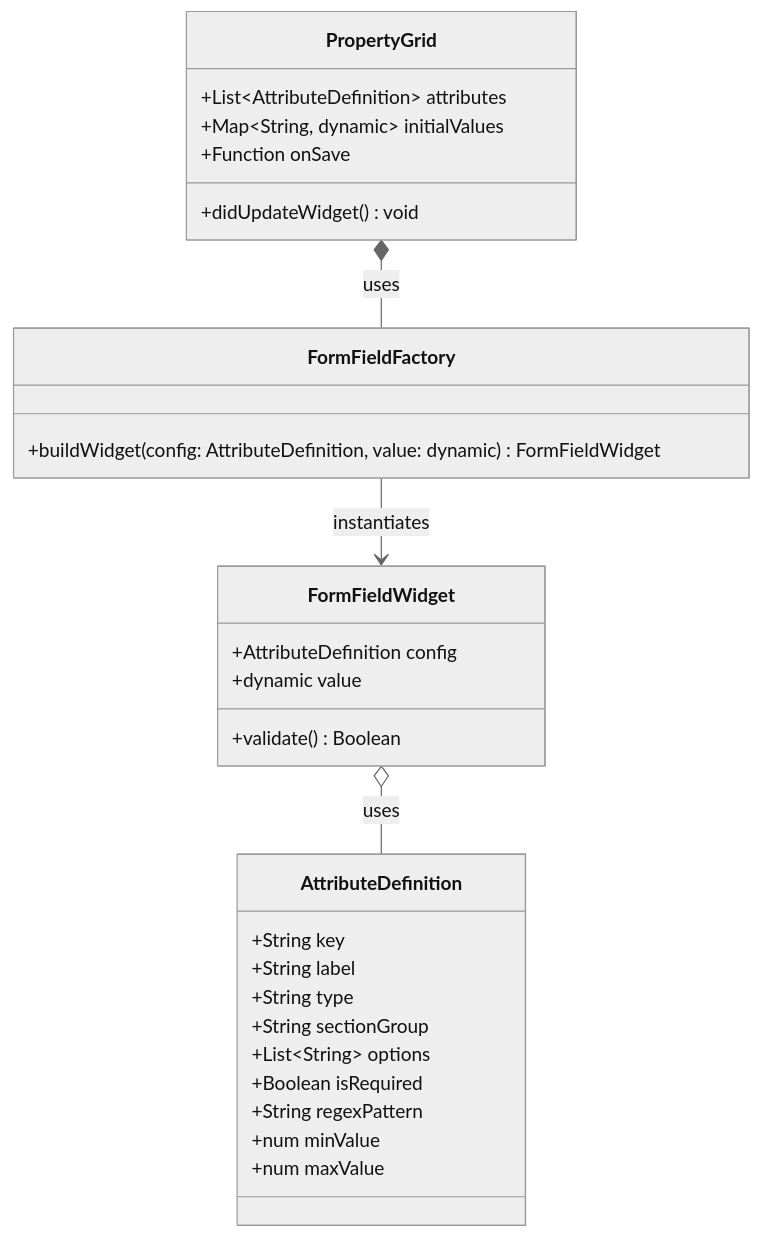
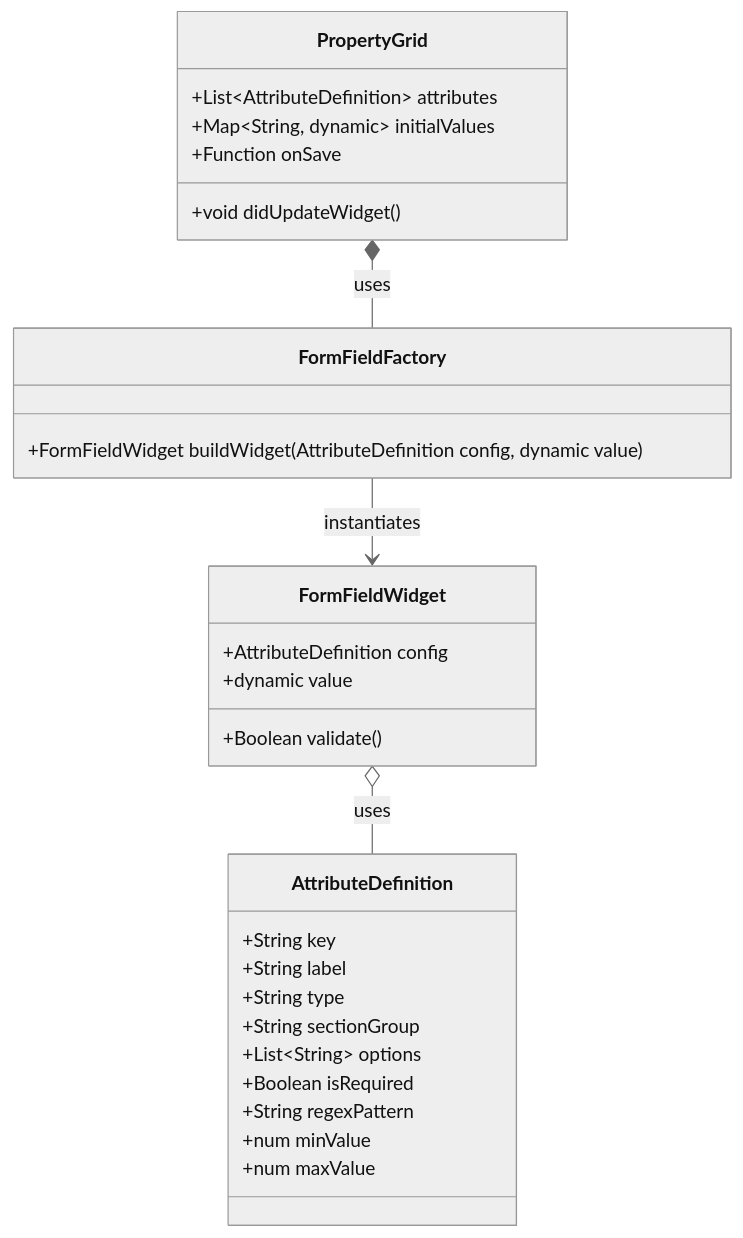
The diagram in docs/features/feat-13-zero-codegen-grid.md (gintatkinson/digital-pipeline-repo), drawn with Mermaid (neutral theme) before and after one commit. The commit also changed 16 other files, not shown here.

Commit message:
feat: implement fix_mermaid_colons.py and repair existing Mermaid class diagrams

````diff
--- a/docs/features/feat-13-zero-codegen-grid.md
+++ b/docs/features/feat-13-zero-codegen-grid.md
@@ -19,31 +19,31 @@
 ```mermaid
 classDiagram
     class PropertyGrid {
         +List~AttributeDefinition~ attributes
         +Map~String, dynamic~ initialValues
         +Function onSave
-        +didUpdateWidget() void
+        +void didUpdateWidget()
     }
     class AttributeDefinition {
         +String key
         +String label
         +String type
         +String sectionGroup
         +List~String~ options
         +Boolean isRequired
         +String regexPattern
         +num minValue
         +num maxValue
     }
     class FormFieldFactory {
-        +buildWidget(config: AttributeDefinition, value: dynamic) FormFieldWidget
+        +FormFieldWidget buildWidget(AttributeDefinition config, dynamic value)
     }
     class FormFieldWidget {
         +AttributeDefinition config
         +dynamic value
-        +validate() Boolean
+        +Boolean validate()
     }
     PropertyGrid *-- FormFieldFactory : uses
     FormFieldFactory --> FormFieldWidget : instantiates
     FormFieldWidget o-- AttributeDefinition : uses
 ```
````
